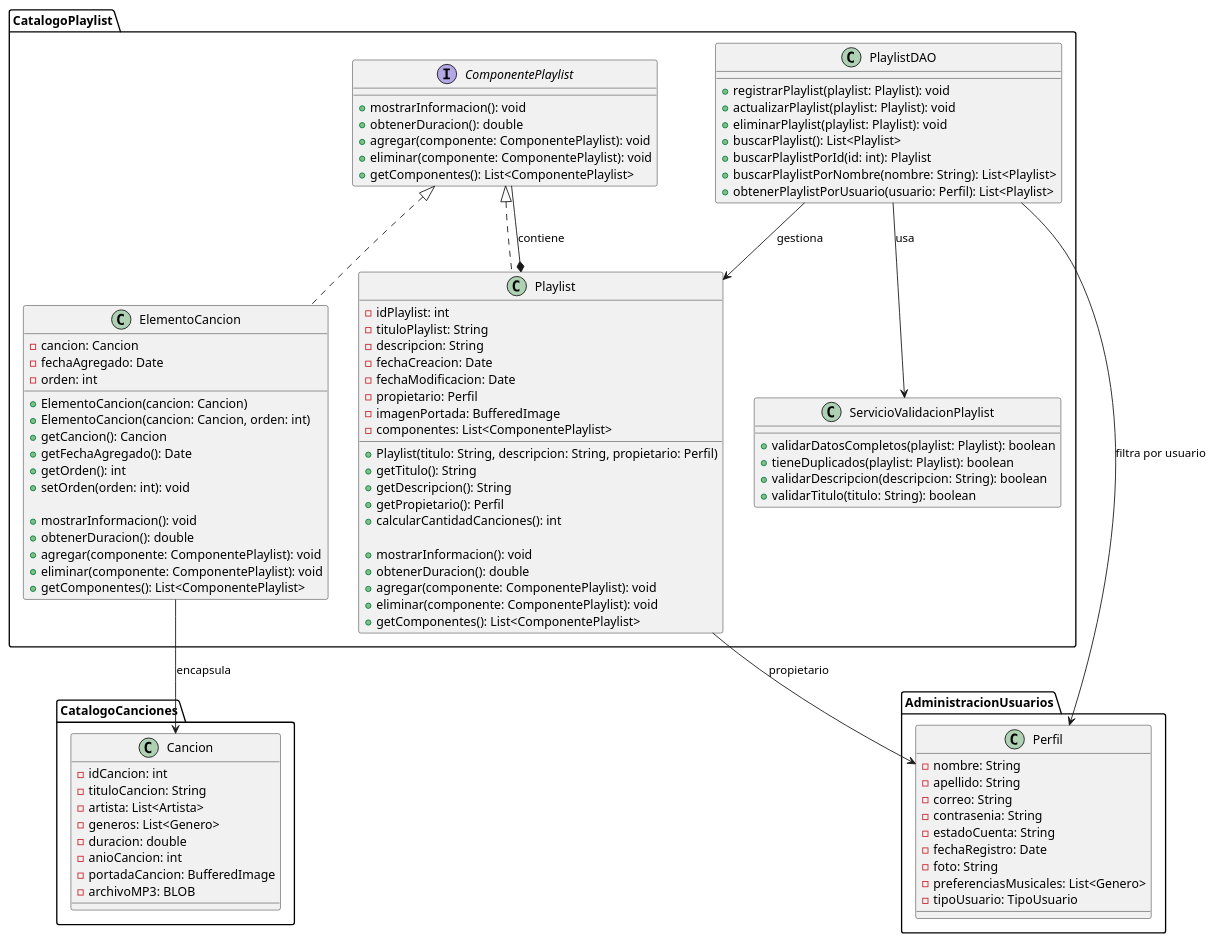
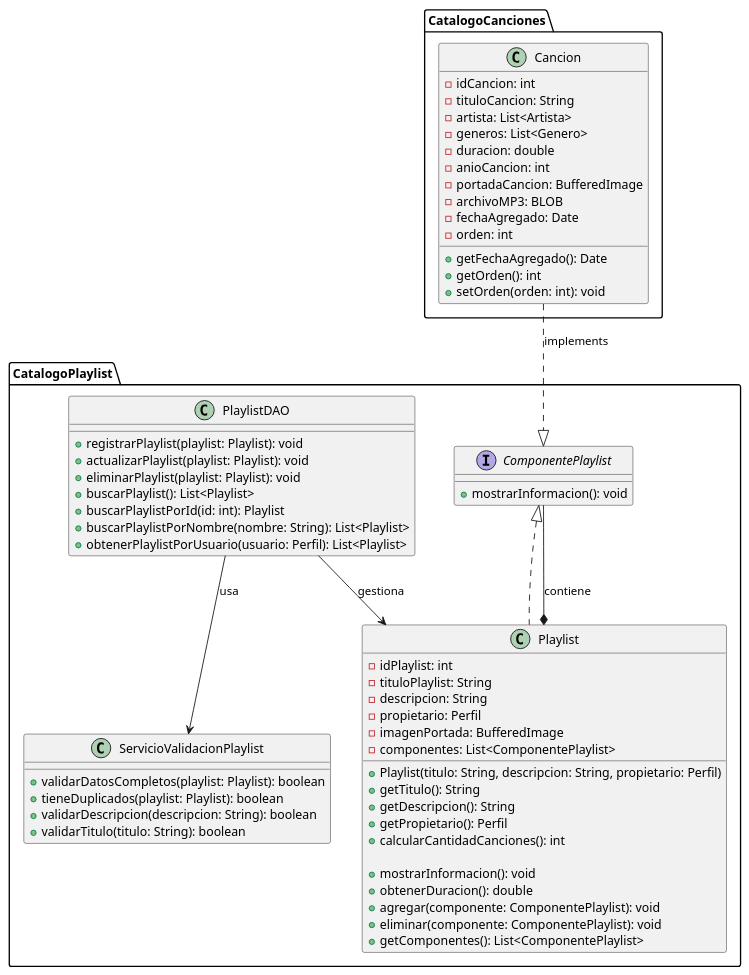
One commit to BaphomeT-T/InkHarmony changed the diagram in design/CatalogoPlaylist.puml. Above: the diagram before and after it, drawn with PlantUML. The commit also changed 3 other files, not shown here.

Commit message:
Diagrama de clases actualizado

```diff
--- a/design/CatalogoPlaylist.puml
+++ b/design/CatalogoPlaylist.puml
@@ -1,110 +1,73 @@
 @startuml
 package "CatalogoPlaylist" {
 
     interface "ComponentePlaylist" {
         +mostrarInformacion(): void
-        +obtenerDuracion(): double
-        +agregar(componente: ComponentePlaylist): void
-        +eliminar(componente: ComponentePlaylist): void
-        +getComponentes(): List<ComponentePlaylist>
     }
 
     class "Playlist" implements "ComponentePlaylist" {
         -idPlaylist: int
         -tituloPlaylist: String
         -descripcion: String
-        -fechaCreacion: Date
-        -fechaModificacion: Date
         -propietario: Perfil
         -imagenPortada: BufferedImage
         -componentes: List<ComponentePlaylist>
 
         +Playlist(titulo: String, descripcion: String, propietario: Perfil)
         +getTitulo(): String
         +getDescripcion(): String
         +getPropietario(): Perfil
         +calcularCantidadCanciones(): int
 
-        +mostrarInformacion(): void
-        +obtenerDuracion(): double
-        +agregar(componente: ComponentePlaylist): void
-        +eliminar(componente: ComponentePlaylist): void
-        +getComponentes(): List<ComponentePlaylist>
-    }
-
-    class "ElementoCancion" implements "ComponentePlaylist" {
-        -cancion: Cancion
-        -fechaAgregado: Date
-        -orden: int
-
-        +ElementoCancion(cancion: Cancion)
-        +ElementoCancion(cancion: Cancion, orden: int)
-        +getCancion(): Cancion
-        +getFechaAgregado(): Date
-        +getOrden(): int
-        +setOrden(orden: int): void
-
-        ' Implementación de ComponentePlaylist (interfaz común)
         +mostrarInformacion(): void
         +obtenerDuracion(): double
         +agregar(componente: ComponentePlaylist): void
         +eliminar(componente: ComponentePlaylist): void
         +getComponentes(): List<ComponentePlaylist>
     }
 
     class "PlaylistDAO" {
         +registrarPlaylist(playlist: Playlist): void
         +actualizarPlaylist(playlist: Playlist): void
         +eliminarPlaylist(playlist: Playlist): void
         +buscarPlaylist(): List<Playlist>
         +buscarPlaylistPorId(id: int): Playlist
         +buscarPlaylistPorNombre(nombre: String): List<Playlist>
         +obtenerPlaylistPorUsuario(usuario: Perfil): List<Playlist>
     }
 
     class "ServicioValidacionPlaylist" {
         +validarDatosCompletos(playlist: Playlist): boolean
         +tieneDuplicados(playlist: Playlist): boolean
         +validarDescripcion(descripcion: String): boolean
         +validarTitulo(titulo: String): boolean
     }
 
     PlaylistDAO --> ServicioValidacionPlaylist : usa
     PlaylistDAO --> Playlist : gestiona
     Playlist *-- ComponentePlaylist : contiene
 }
 
 package "CatalogoCanciones" {
     class "Cancion" {
         -idCancion: int
         -tituloCancion: String
         -artista: List<Artista>
         -generos: List<Genero>
         -duracion: double
         -anioCancion: int
         -portadaCancion: BufferedImage
         -archivoMP3: BLOB
+        -fechaAgregado: Date
+        -orden: int
 
-    }
-    ElementoCancion --> Cancion : encapsula
-}
-
-package "AdministracionUsuarios" {
-    class "Perfil" {
-        -nombre: String
-        -apellido: String
-        -correo: String
-        -contrasenia: String
-        -estadoCuenta: String
-        -fechaRegistro: Date
-        -foto: String
-        -preferenciasMusicales: List<Genero>
-        -tipoUsuario: TipoUsuario
-
+        +getFechaAgregado(): Date
+        +getOrden(): int
+        +setOrden(orden: int): void
     }
 }
 
-Playlist --> Perfil : propietario
-PlaylistDAO --> Perfil : filtra por usuario
+' Relaciones de implementación
+Cancion ..|> ComponentePlaylist : implements
 
 @enduml
```
